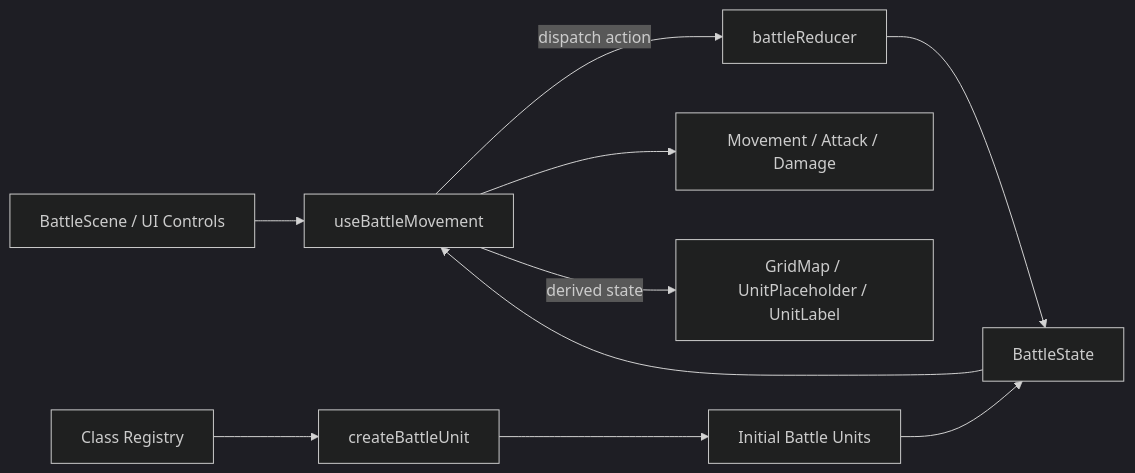
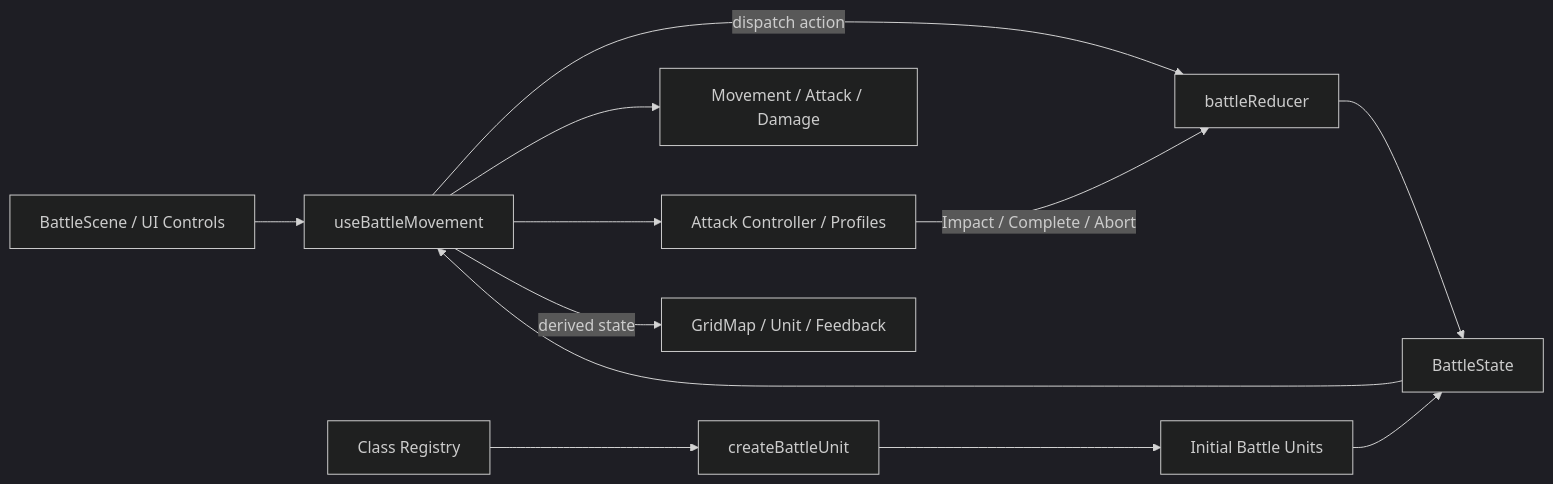
One commit to uNaXiG/sword-of-sealing changed the first of 3 diagrams in docs/ARCHITECTURE.md. Above: the diagram before and after it, drawn with Mermaid (dark theme). The commit also changed other lines of this file and 24 other files, not shown here.

Commit message:
feat: implement attack animations and hit feedback system

````diff
--- a/docs/ARCHITECTURE.md
+++ b/docs/ARCHITECTURE.md
@@ -43,12 +43,14 @@
 ```mermaid
 flowchart LR
     UI[BattleScene / UI Controls] --> Hook[useBattleMovement]
     Hook -->|dispatch action| Reducer[battleReducer]
     Hook --> Rules[Movement / Attack / Damage]
+    Hook --> Animation[Attack Controller / Profiles]
     Reducer --> State[BattleState]
     State --> Hook
-    Hook -->|derived state| Render[GridMap / UnitPlaceholder / UnitLabel]
+    Hook -->|derived state| Render[GridMap / Unit / Feedback]
+    Animation -->|Impact / Complete / Abort| Reducer
     Registry[Class Registry] --> Factory[createBattleUnit]
     Factory --> Initial[Initial Battle Units]
     Initial --> State
 ```
````
